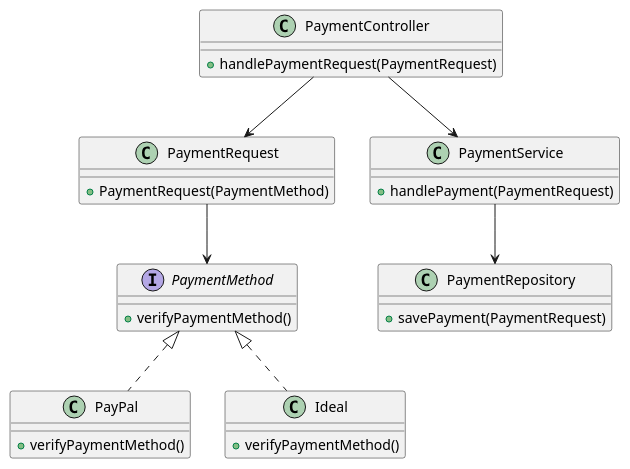
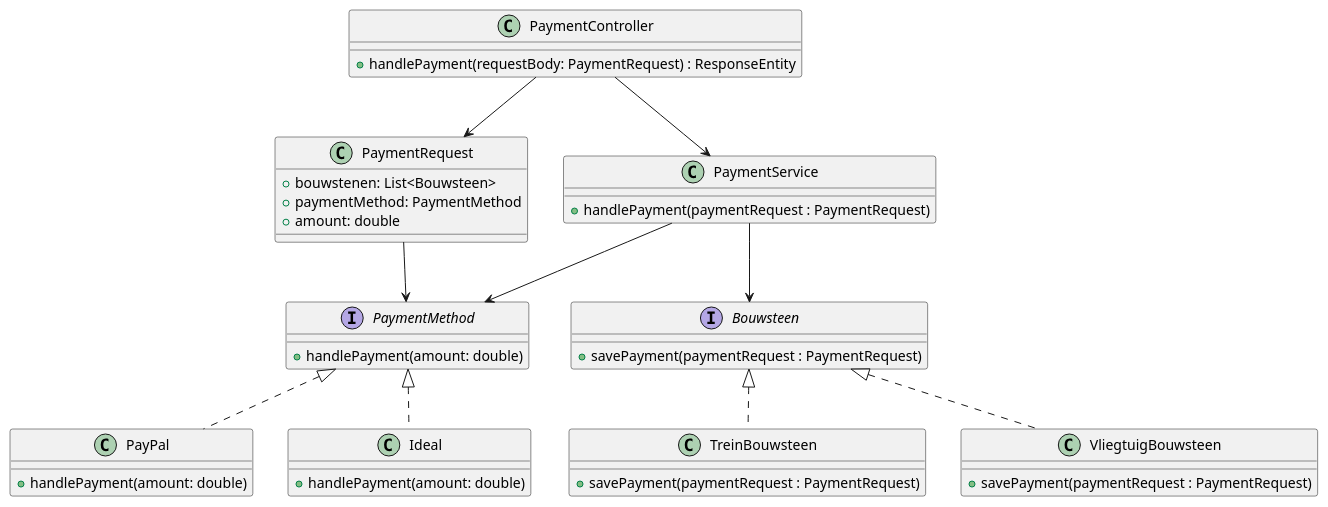
The diagram in persoonlijkeUitwerkingen/PressureCooker/class-diagram.puml (AIM-ENE-feb25/triptop-de-broederbond-fgs), drawn with PlantUML before and after one commit.

Commit message:
class diagram bijgewerkt

```diff
--- a/persoonlijkeUitwerkingen/PressureCooker/class-diagram.puml
+++ b/persoonlijkeUitwerkingen/PressureCooker/class-diagram.puml
@@ -1,34 +1,43 @@
 @startuml
 
+class PaymentRequest{
+    + bouwstenen: List<Bouwsteen>
+    + paymentMethod: PaymentMethod
+    + amount: double
+}
+PaymentRequest --> PaymentMethod
+
 class PaymentController{
-    + handlePaymentRequest(PaymentRequest)
+    + handlePayment(requestBody: PaymentRequest) : ResponseEntity
 }
+PaymentController --> PaymentService
 PaymentController --> PaymentRequest
-PaymentController --> PaymentService
+
 
 class PaymentService {
-    + handlePayment(PaymentRequest)
+    + handlePayment(paymentRequest : PaymentRequest)
 }
-PaymentService --> PaymentRepository
+PaymentService --> PaymentMethod
+PaymentService --> Bouwsteen
 
-class PaymentRepository {
-    + savePayment(PaymentRequest)
+interface Bouwsteen {
+    + savePayment(paymentRequest : PaymentRequest)
+}
+class TreinBouwsteen implements Bouwsteen{
+    + savePayment(paymentRequest : PaymentRequest)
+}
+class VliegtuigBouwsteen implements Bouwsteen{
+    + savePayment(paymentRequest : PaymentRequest)
 }
 
 interface PaymentMethod{
-    + verifyPaymentMethod()
+    + handlePayment(amount: double)
+}
+class PayPal implements PaymentMethod{
+    + handlePayment(amount: double)
+}
+class Ideal implements PaymentMethod{
+    + handlePayment(amount: double)
 }
 
-class PayPal implements PaymentMethod{
-    + verifyPaymentMethod()
-}
-class Ideal implements PaymentMethod{
-    + verifyPaymentMethod()
-}
-
-class PaymentRequest {
-    + PaymentRequest(PaymentMethod)
-}
-PaymentRequest --> PaymentMethod
-
 @enduml
```
